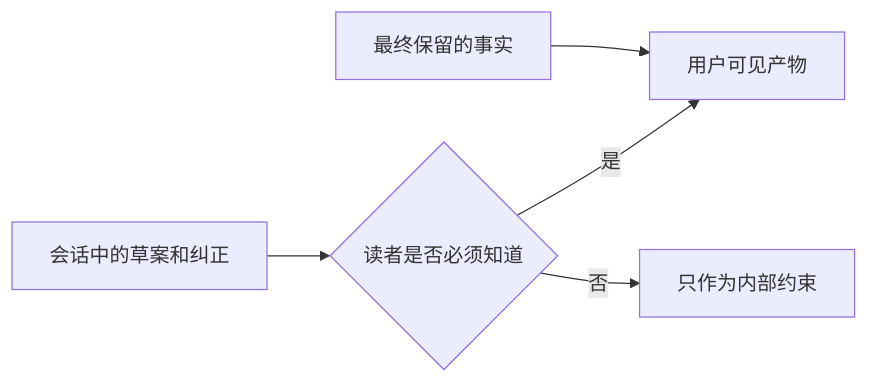
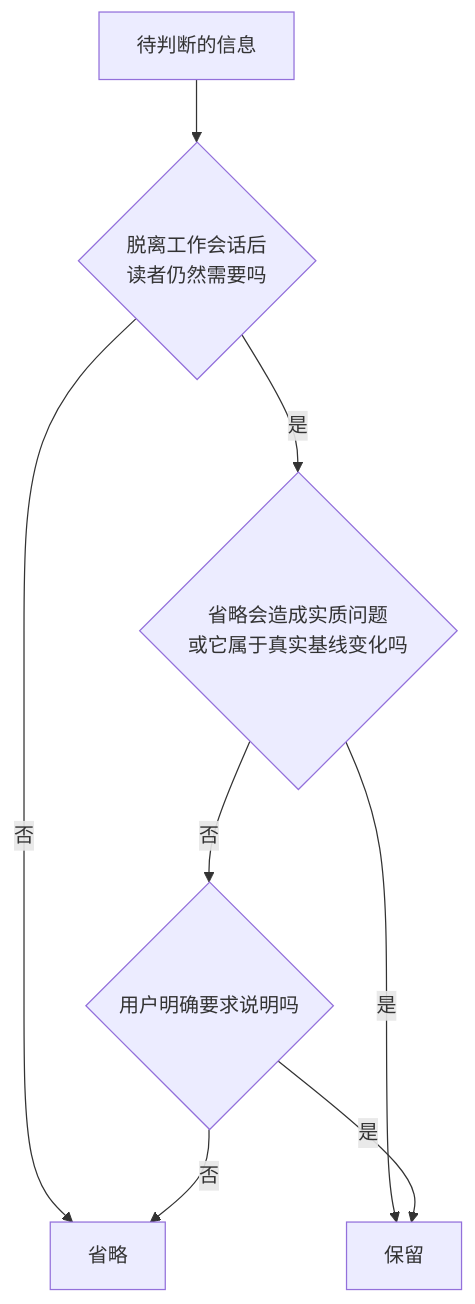
One commit to mingsp/delivery-gate changed the diagram in README.md. Above: the diagram before and after it, drawn with Mermaid. The commit also changed other lines of this file and 1 other file, not shown here.

````diff
--- a/README.md
+++ b/README.md
@@ -122,7 +132,10 @@
 ```mermaid
-flowchart LR
-    A[最终保留的事实] --> D[用户可见产物]
-    B[会话中的草案和纠正] --> C{读者是否必须知道}
-    C -->|是| D
-    C -->|否| E[只作为内部约束]
+flowchart TD
+    A[待判断的信息] --> B{脱离工作会话后<br/>读者仍然需要吗}
+    B -->|否| F[省略]
+    B -->|是| C{省略会造成实质问题<br/>或它属于真实基线变化吗}
+    C -->|是| E[保留]
+    C -->|否| D{用户明确要求说明吗}
+    D -->|是| E
+    D -->|否| F
 ```
````
